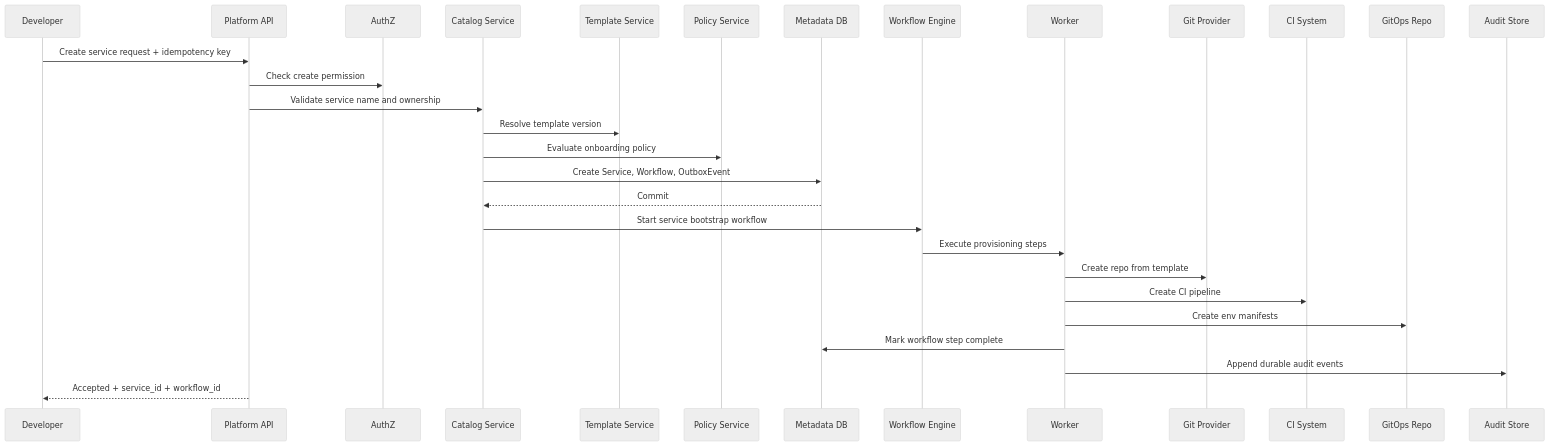
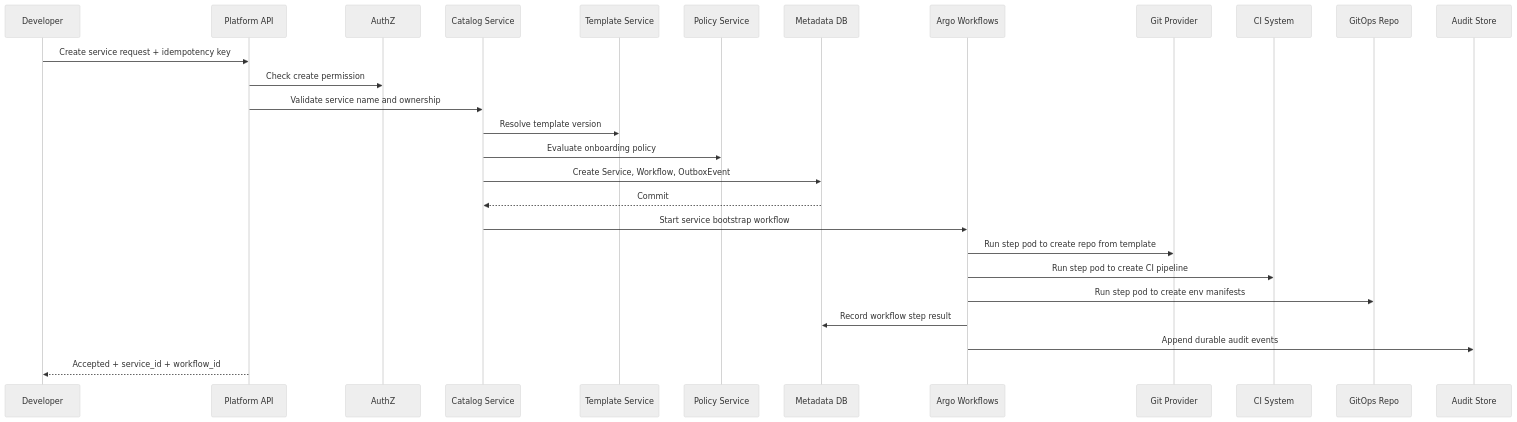
Before and after one commit to brandon-benge/InterviewPrep: the second of 5 diagrams in system-design/grokking/upcoming_system_designs/internal_developer_platform/internal_developer_platform.md, drawn with Mermaid (neutral theme). The commit also changed other lines of this file and 3 other files, not shown here.

````diff
--- a/system-design/grokking/upcoming_system_designs/internal_developer_platform/internal_developer_platform.md
+++ b/system-design/grokking/upcoming_system_designs/internal_developer_platform/internal_developer_platform.md
@@ -370,32 +368,30 @@
 ```mermaid
 sequenceDiagram
     participant Dev as Developer
     participant API as Platform API
     participant Auth as AuthZ
     participant Catalog as Catalog Service
     participant Template as Template Service
     participant Policy as Policy Service
     participant DB as Metadata DB
-    participant WF as Workflow Engine
-    participant Worker as Worker
+    participant WF as Argo Workflows
     participant Git as Git Provider
     participant CI as CI System
     participant GitOps as GitOps Repo
     participant Audit as Audit Store
 
     Dev->>API: Create service request + idempotency key
     API->>Auth: Check create permission
     API->>Catalog: Validate service name and ownership
     Catalog->>Template: Resolve template version
     Catalog->>Policy: Evaluate onboarding policy
     Catalog->>DB: Create Service, Workflow, OutboxEvent
     DB-->>Catalog: Commit
     Catalog->>WF: Start service bootstrap workflow
-    WF->>Worker: Execute provisioning steps
-    Worker->>Git: Create repo from template
-    Worker->>CI: Create CI pipeline
-    Worker->>GitOps: Create env manifests
-    Worker->>DB: Mark workflow step complete
-    Worker->>Audit: Append durable audit events
+    WF->>Git: Run step pod to create repo from template
+    WF->>CI: Run step pod to create CI pipeline
+    WF->>GitOps: Run step pod to create env manifests
+    WF->>DB: Record workflow step result
+    WF->>Audit: Append durable audit events
     API-->>Dev: Accepted + service_id + workflow_id
 ```
````
